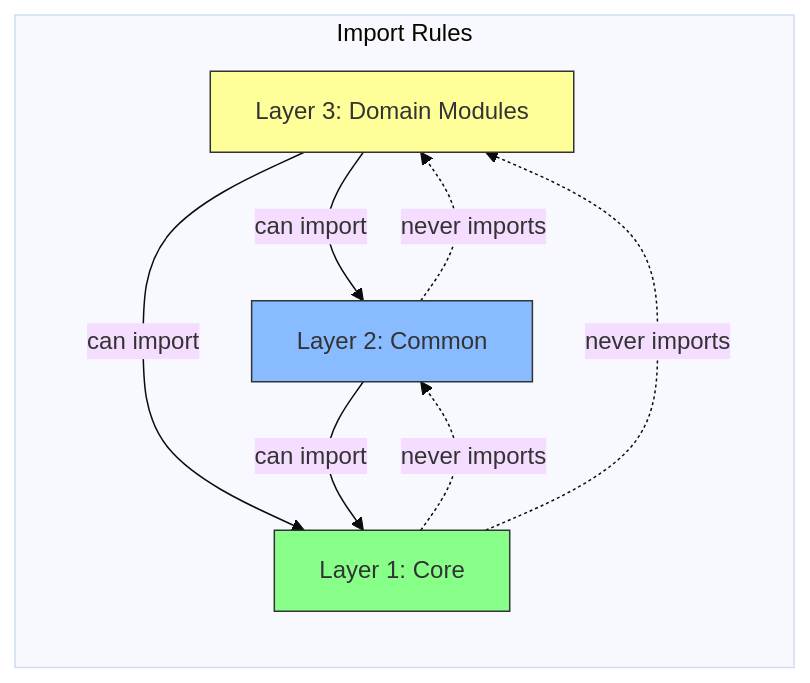
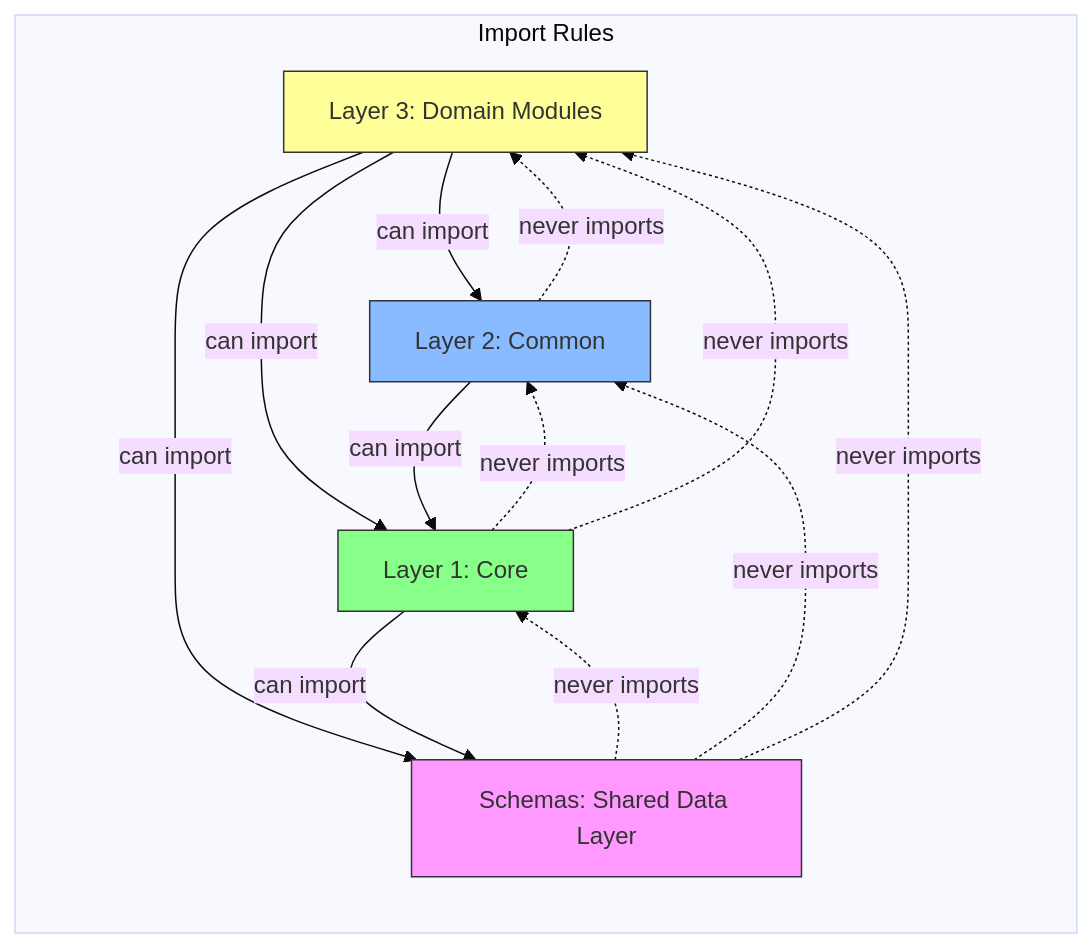
The third of 12 diagrams in docs/rfcs/active/rfc-0006-mukti-api-architecture-restructure/index.md (shettydev/mukti), drawn with Mermaid (base theme) before and after one commit. The commit also changed other lines of this file, not shown here.

First line of the commit message:
docs(rfc): update api architecture restructure with schema grouping

````diff
--- a/docs/rfcs/active/rfc-0006-mukti-api-architecture-restructure/index.md
+++ b/docs/rfcs/active/rfc-0006-mukti-api-architecture-restructure/index.md
@@ -203,15 +227,21 @@
 ```mermaid
 graph LR
     subgraph "Import Rules"
         L3[Layer 3: Domain Modules] -->|can import| L2[Layer 2: Common]
         L3 -->|can import| L1[Layer 1: Core]
+        L3 -->|can import| LS[Schemas: Shared Data Layer]
         L2 -->|can import| L1
+        L1 -->|can import| LS
+        LS -.->|never imports| L1
+        LS -.->|never imports| L2
+        LS -.->|never imports| L3
         L1 -.->|never imports| L2
         L1 -.->|never imports| L3
         L2 -.->|never imports| L3
     end
 
     style L1 fill:#8f8,stroke:#333
     style L2 fill:#8bf,stroke:#333
     style L3 fill:#ff9,stroke:#333
+    style LS fill:#f9f,stroke:#333
 ```
````
